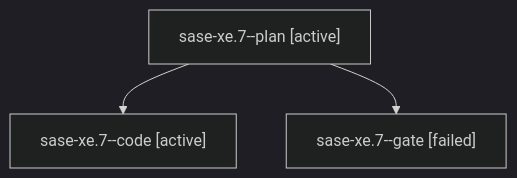
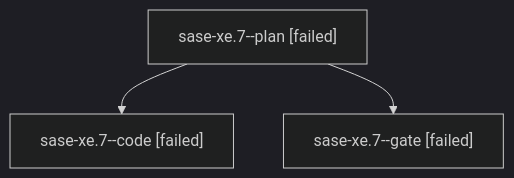
Before and after one commit to sase-org/sase--agents: the diagram in families/bbugyi200.athena.sase-xe.7.md, drawn with Mermaid (dark theme). The commit also changed other lines of this file and 130 other files, not shown here.

````diff
--- a/families/bbugyi200.athena.sase-xe.7.md
+++ b/families/bbugyi200.athena.sase-xe.7.md
@@ -9,8 +9,8 @@
 ```mermaid
 flowchart TD
-  n0["sase-xe.7--plan [active]"]
-  n1["sase-xe.7--code [active]"]
+  n0["sase-xe.7--plan [failed]"]
+  n1["sase-xe.7--code [failed]"]
   n0 --> n1
   n2["sase-xe.7--gate [failed]"]
   n0 --> n2
 ```
````
